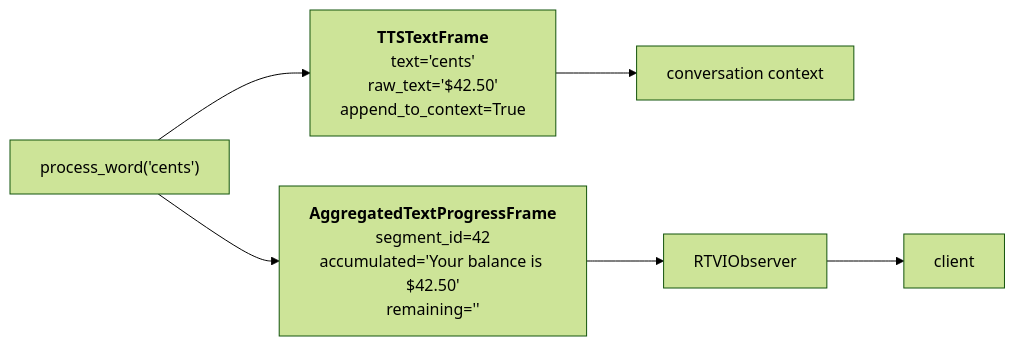
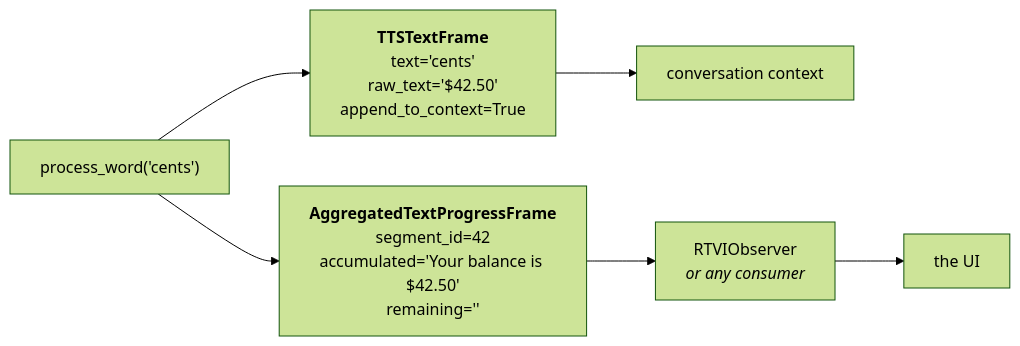
Before and after one commit to martinstiago/pipecat: the first of 2 diagrams in docs/architecture/aggregated-frame-sequencer.md, drawn with Mermaid (forest theme). The commit also changed other lines of this file and 5 other files, not shown here.

````diff
--- a/docs/architecture/aggregated-frame-sequencer.md
+++ b/docs/architecture/aggregated-frame-sequencer.md
@@ -33,7 +33,7 @@
 ```mermaid
 flowchart LR
     PW["process_word('cents')"] --> TF["<b>TTSTextFrame</b><br/>text='cents'<br/>raw_text='$42.50'<br/>append_to_context=True"]
     PW --> PF["<b>AggregatedTextProgressFrame</b><br/>segment_id=42<br/>accumulated='Your balance is $42.50'<br/>remaining=''"]
     TF --> CTX["conversation context"]
-    PF --> OBS["RTVIObserver"] --> CLIENT["client"]
+    PF --> OBS["RTVIObserver<br/><i>or any consumer</i>"] --> CLIENT["the UI"]
 ```
````
